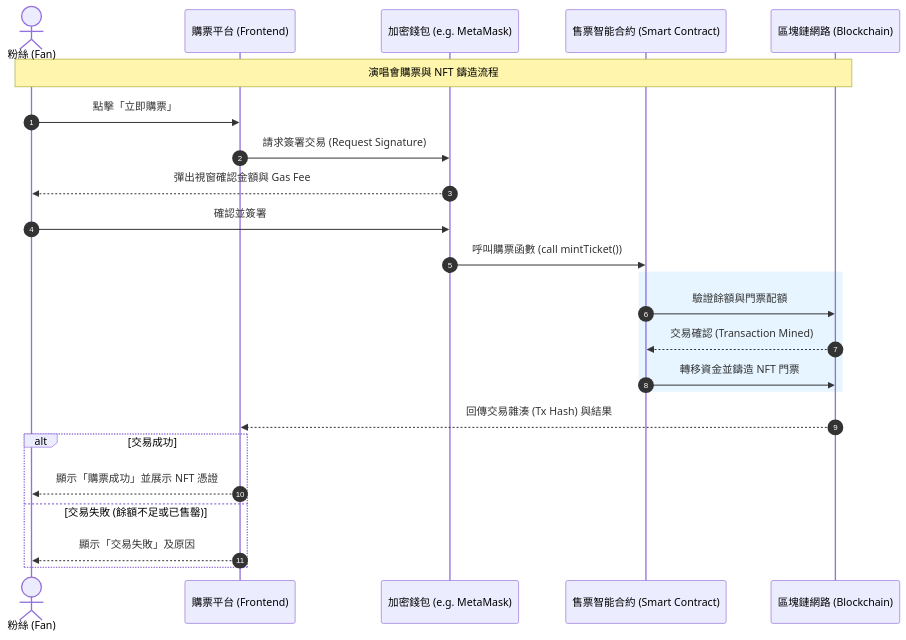
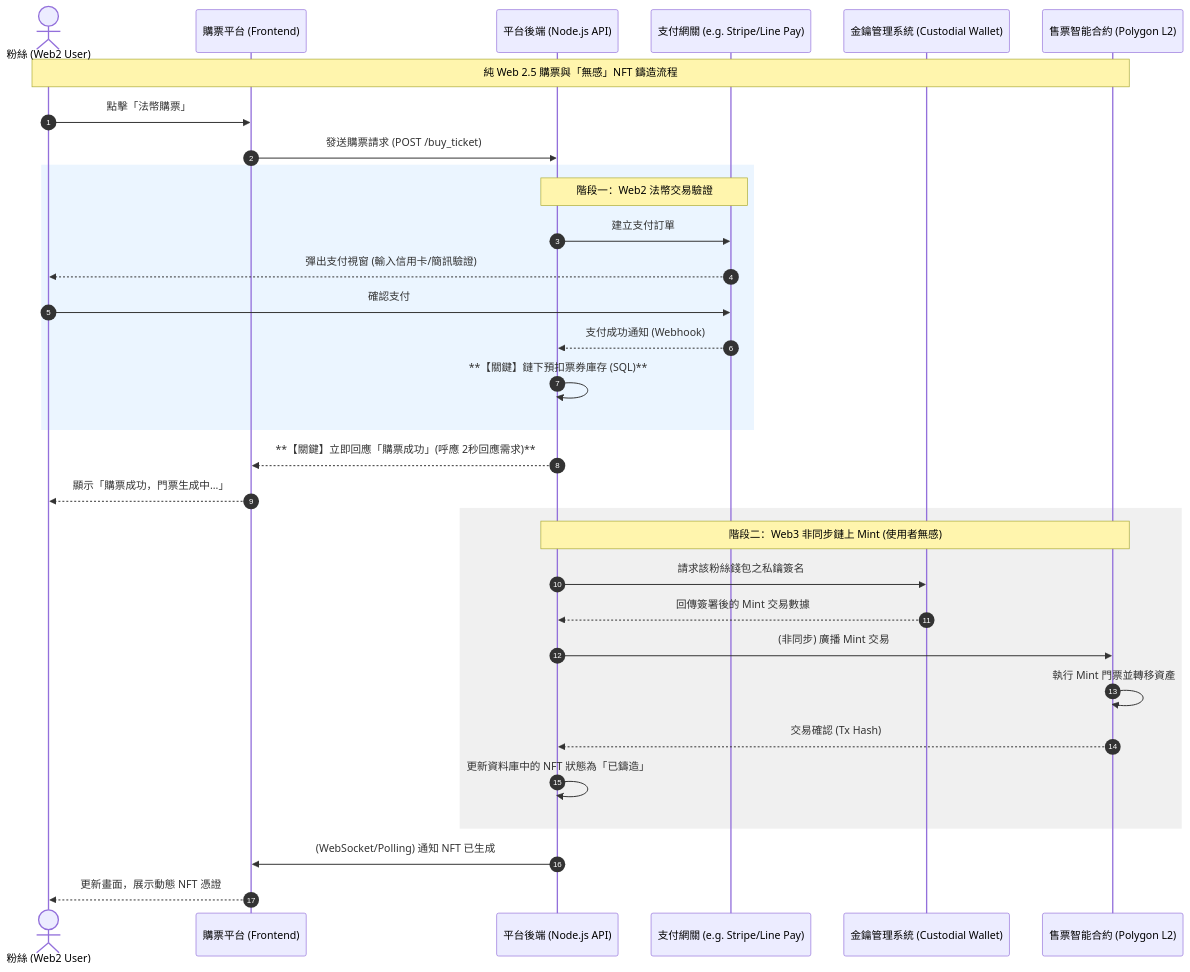
One commit to c112118115-ctrl/114-1a changed the diagram in sequence diagram.md. Above: the diagram before and after it, drawn with Mermaid.

Commit message:
Update sequence diagram.md

````diff
--- a/sequence diagram.md
+++ b/sequence diagram.md
@@ -1,34 +1,42 @@
 ```mermaid
 
 sequenceDiagram
     autonumber
-    actor Fan as 粉絲 (Fan)
+    actor Fan as 粉絲 (Web2 User)
     participant FE as 購票平台 (Frontend)
-    participant Wallet as 加密錢包 (e.g. MetaMask)
-    participant SC as 售票智能合約 (Smart Contract)
-    participant BC as 區塊鏈網路 (Blockchain)
+    participant Backend as 平台後端 (Node.js API)
+    participant Pay as 支付網關 (e.g. Stripe/Line Pay)
+    participant KMS as 金鑰管理系統 (Custodial Wallet)
+    participant SC as 售票智能合約 (Polygon L2)
 
-    Note over Fan, BC: 演唱會購票與 NFT 鑄造流程
+    Note over Fan, SC: 純 Web 2.5 購票與「無感」NFT 鑄造流程
 
-    Fan->>FE: 點擊「立即購票」
-    FE->>Wallet: 請求簽署交易 (Request Signature)
-    Wallet-->>Fan: 彈出視窗確認金額與 Gas Fee
+    Fan->>FE: 點擊「法幣購票」
+    FE->>Backend: 發送購票請求 (POST /buy_ticket)
     
-    Fan->>Wallet: 確認並簽署
-    Wallet->>SC: 呼叫購票函數 (call mintTicket())
-    
-    rect rgb(230, 245, 255)
-        SC->>BC: 驗證餘額與門票配額
-        BC-->>SC: 交易確認 (Transaction Mined)
-        SC->>BC: 轉移資金並鑄造 NFT 門票
+    rect rgb(235, 245, 255)
+        Note over Backend, Pay: 階段一：Web2 法幣交易驗證
+        Backend->>Pay: 建立支付訂單
+        Pay-->>Fan: 彈出支付視窗 (輸入信用卡/簡訊驗證)
+        Fan->>Pay: 確認支付
+        Pay-->>Backend: 支付成功通知 (Webhook)
+        Backend->>Backend: **【關鍵】鏈下預扣票券庫存 (SQL)**
     end
 
-    BC-->>FE: 回傳交易雜湊 (Tx Hash) 與結果
-    
-    alt 交易成功
-        FE-->>Fan: 顯示「購票成功」並展示 NFT 憑證
-    else 交易失敗 (餘額不足或已售罄)
-        FE-->>Fan: 顯示「交易失敗」及原因
+    Backend-->>FE: **【關鍵】立即回應「購票成功」(呼應 2秒回應需求)**
+    FE-->>Fan: 顯示「購票成功，門票生成中...」
+
+    rect rgb(240, 240, 240)
+        Note over Backend, SC: 階段二：Web3 非同步鏈上 Mint (使用者無感)
+        Backend->>KMS: 請求該粉絲錢包之私鑰簽名
+        KMS-->>Backend: 回傳簽署後的 Mint 交易數據
+        Backend->>SC: (非同步) 廣播 Mint 交易
+        SC->>SC: 執行 Mint 門票並轉移資產
+        SC-->>Backend: 交易確認 (Tx Hash)
+        Backend->>Backend: 更新資料庫中的 NFT 狀態為「已鑄造」
     end
 
+    Backend->>FE: (WebSocket/Polling) 通知 NFT 已生成
+    FE-->>Fan: 更新畫面，展示動態 NFT 憑證
+
 ```
````
